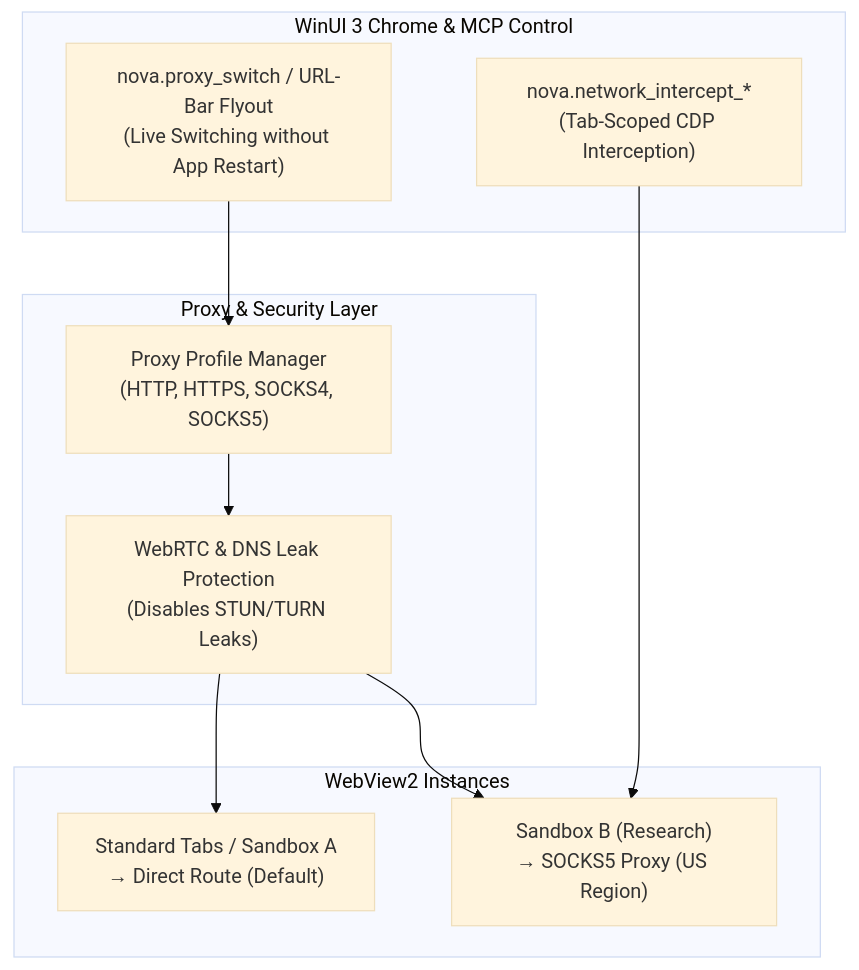
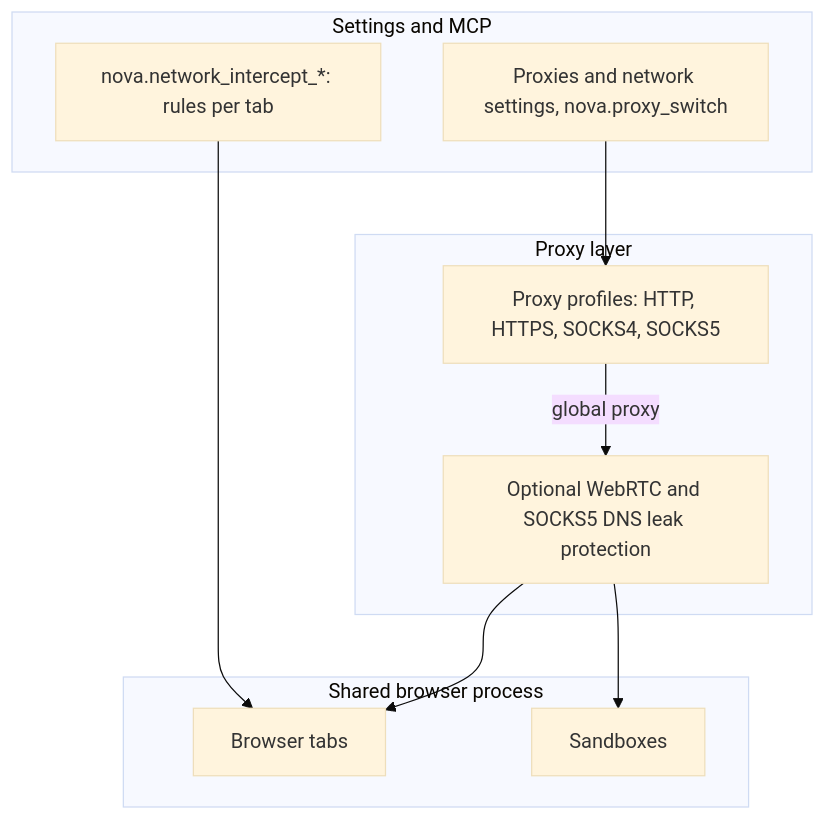
Before and after one commit to joelaniol/nova: the diagram in docs/core-features/proxy-and-network.md, drawn with Mermaid (base theme). The commit also changed other lines of this file and 495 other files, not shown here.

````diff
--- a/docs/core-features/proxy-and-network.md
+++ b/docs/core-features/proxy-and-network.md
@@ -21,29 +21,23 @@
 ```mermaid
 flowchart TD
-    subgraph NovaUI["WinUI 3 Chrome & MCP Control"]
-        Switch["nova.proxy_switch / URL-Bar Flyout
-(Live Switching without App Restart)"]
-        Intercept["nova.network_intercept_*
-(Tab-Scoped CDP Interception)"]
+    subgraph Control["Settings and MCP"]
+        Switch["Proxies and network settings, nova.proxy_switch"]
+        Intercept["nova.network_intercept_*: rules per tab"]
     end
 
-    subgraph ProxyCore["Proxy & Security Layer"]
-        Profiles["Proxy Profile Manager
-(HTTP, HTTPS, SOCKS4, SOCKS5)"]
-        LeakGuard["WebRTC & DNS Leak Protection
-(Disables STUN/TURN Leaks)"]
+    subgraph ProxyCore["Proxy layer"]
+        Profiles["Proxy profiles: HTTP, HTTPS, SOCKS4, SOCKS5"]
+        LeakGuard["Optional WebRTC and SOCKS5 DNS leak protection"]
     end
 
-    subgraph Sandboxes["WebView2 Instances"]
-        TabDirect["Standard Tabs / Sandbox A
-→ Direct Route (Default)"]
-        TabProxy["Sandbox B (Research)
-→ SOCKS5 Proxy (US Region)"]
+    subgraph Browser["Shared browser process"]
+        Tabs["Browser tabs"]
+        Sandboxes["Sandboxes"]
     end
 
     Switch --> Profiles
-    Profiles --> LeakGuard
-    LeakGuard --> TabDirect
-    LeakGuard --> TabProxy
-    Intercept --> TabProxy
+    Profiles -->|global proxy| LeakGuard
+    LeakGuard --> Tabs
+    LeakGuard --> Sandboxes
+    Intercept --> Tabs
 ```
````
